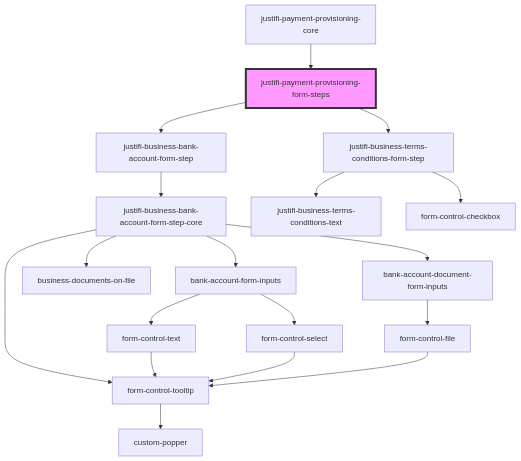
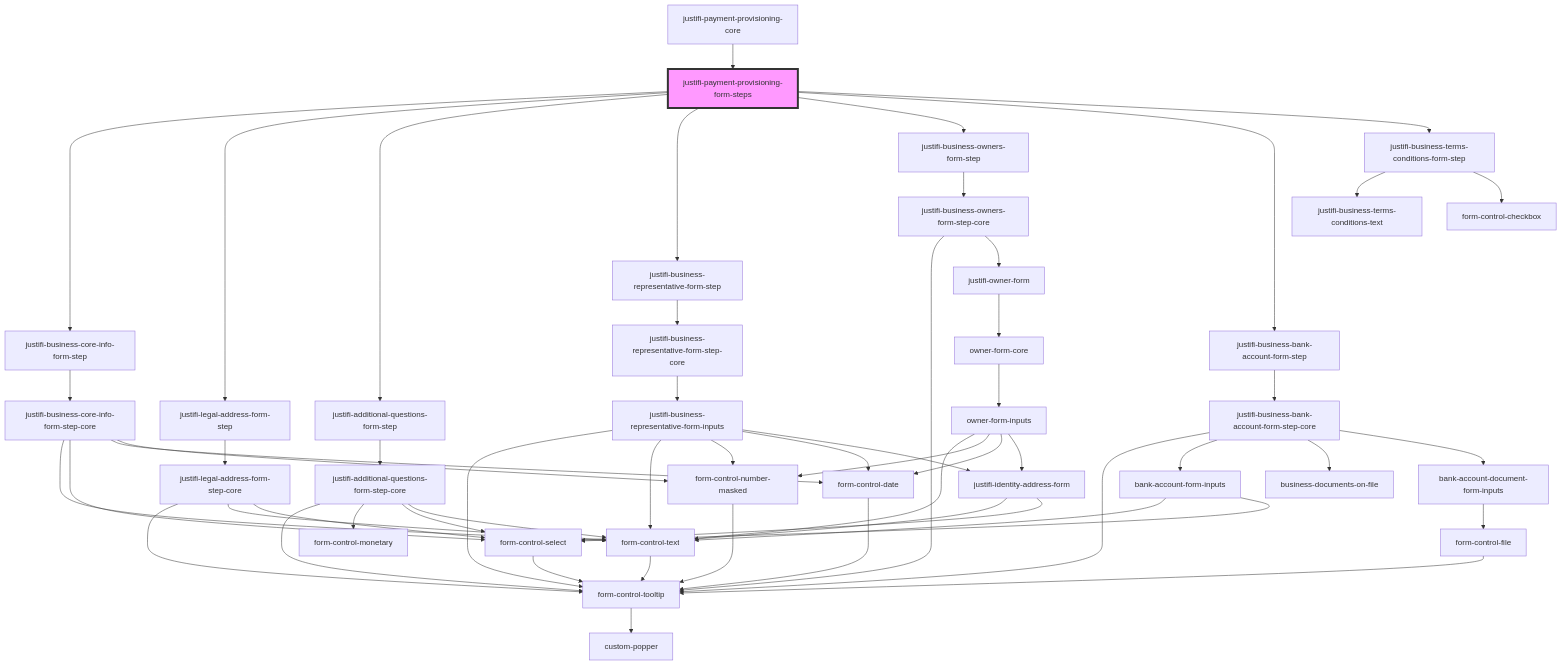
The diagram in packages/webcomponents/src/components/business-forms/payment-provisioning/readme.md (justifi-tech/web-component-library), drawn with Mermaid before and after one commit. The commit also changed other lines of this file and 8 other files, not shown here.

Commit message:
Remove document upload component files from payment provisioning directory

````diff
--- a/packages/webcomponents/src/components/business-forms/payment-provisioning/readme.md
+++ b/packages/webcomponents/src/components/business-forms/payment-provisioning/readme.md
@@ -30,21 +35,60 @@
 ```mermaid
 graph TD;
+  justifi-payment-provisioning-form-steps --> justifi-business-core-info-form-step
+  justifi-payment-provisioning-form-steps --> justifi-legal-address-form-step
+  justifi-payment-provisioning-form-steps --> justifi-additional-questions-form-step
+  justifi-payment-provisioning-form-steps --> justifi-business-representative-form-step
+  justifi-payment-provisioning-form-steps --> justifi-business-owners-form-step
   justifi-payment-provisioning-form-steps --> justifi-business-bank-account-form-step
   justifi-payment-provisioning-form-steps --> justifi-business-terms-conditions-form-step
+  justifi-business-core-info-form-step --> justifi-business-core-info-form-step-core
+  justifi-business-core-info-form-step-core --> form-control-text
+  justifi-business-core-info-form-step-core --> form-control-select
+  justifi-business-core-info-form-step-core --> form-control-date
+  justifi-business-core-info-form-step-core --> form-control-number-masked
+  form-control-text --> form-control-tooltip
+  form-control-tooltip --> custom-popper
+  form-control-select --> form-control-tooltip
+  form-control-date --> form-control-tooltip
+  form-control-number-masked --> form-control-tooltip
+  justifi-legal-address-form-step --> justifi-legal-address-form-step-core
+  justifi-legal-address-form-step-core --> form-control-tooltip
+  justifi-legal-address-form-step-core --> form-control-text
+  justifi-legal-address-form-step-core --> form-control-select
+  justifi-additional-questions-form-step --> justifi-additional-questions-form-step-core
+  justifi-additional-questions-form-step-core --> form-control-tooltip
+  justifi-additional-questions-form-step-core --> form-control-monetary
+  justifi-additional-questions-form-step-core --> form-control-select
+  justifi-additional-questions-form-step-core --> form-control-text
+  justifi-business-representative-form-step --> justifi-business-representative-form-step-core
+  justifi-business-representative-form-step-core --> justifi-business-representative-form-inputs
+  justifi-business-representative-form-inputs --> form-control-tooltip
+  justifi-business-representative-form-inputs --> form-control-text
+  justifi-business-representative-form-inputs --> form-control-number-masked
+  justifi-business-representative-form-inputs --> form-control-date
+  justifi-business-representative-form-inputs --> justifi-identity-address-form
+  justifi-identity-address-form --> form-control-text
+  justifi-identity-address-form --> form-control-select
+  justifi-business-owners-form-step --> justifi-business-owners-form-step-core
+  justifi-business-owners-form-step-core --> form-control-tooltip
+  justifi-business-owners-form-step-core --> justifi-owner-form
+  justifi-owner-form --> owner-form-core
+  owner-form-core --> owner-form-inputs
+  owner-form-inputs --> form-control-text
+  owner-form-inputs --> form-control-number-masked
+  owner-form-inputs --> form-control-date
+  owner-form-inputs --> justifi-identity-address-form
   justifi-business-bank-account-form-step --> justifi-business-bank-account-form-step-core
   justifi-business-bank-account-form-step-core --> form-control-tooltip
   justifi-business-bank-account-form-step-core --> bank-account-form-inputs
   justifi-business-bank-account-form-step-core --> business-documents-on-file
   justifi-business-bank-account-form-step-core --> bank-account-document-form-inputs
-  form-control-tooltip --> custom-popper
   bank-account-form-inputs --> form-control-text
   bank-account-form-inputs --> form-control-select
-  form-control-text --> form-control-tooltip
-  form-control-select --> form-control-tooltip
   bank-account-document-form-inputs --> form-control-file
   form-control-file --> form-control-tooltip
   justifi-business-terms-conditions-form-step --> justifi-business-terms-conditions-text
   justifi-business-terms-conditions-form-step --> form-control-checkbox
   justifi-payment-provisioning-core --> justifi-payment-provisioning-form-steps
   style justifi-payment-provisioning-form-steps fill:#f9f,stroke:#333,stroke-width:4px
 ```
````
